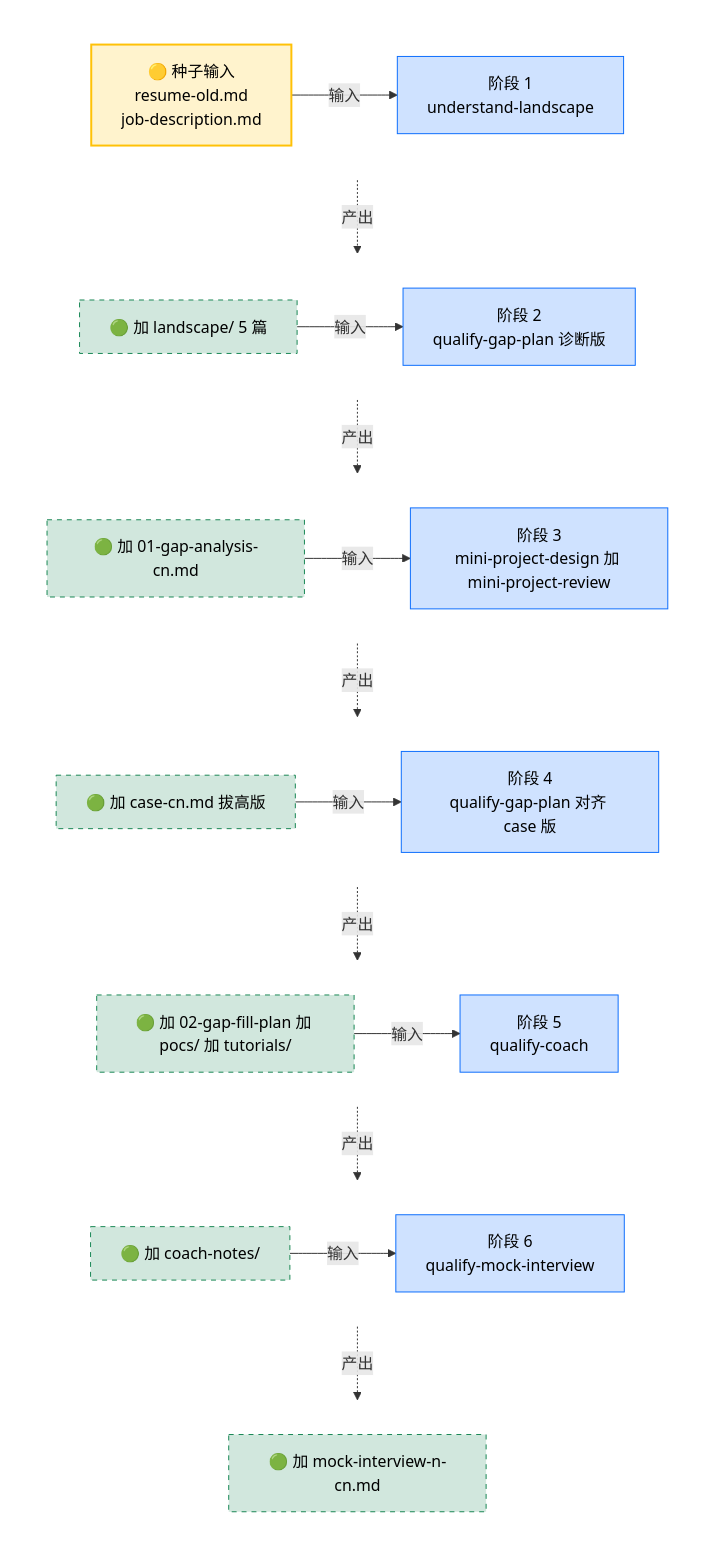
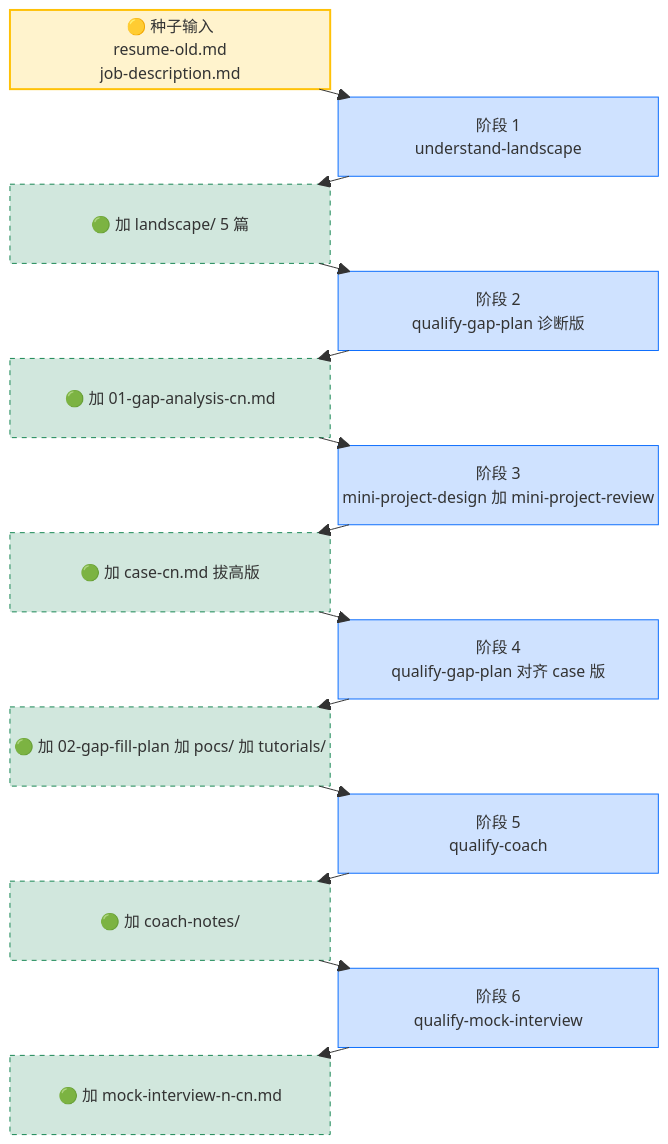
Before and after one commit to YingqiangYuan/Resume_Matrix: the first of 2 diagrams in examples/07-elevate-existing-project/README-cn.md, drawn with Mermaid.

Commit message:
Update mermaid

````diff
--- a/examples/07-elevate-existing-project/README-cn.md
+++ b/examples/07-elevate-existing-project/README-cn.md
@@ -46,56 +46,44 @@
 ```mermaid
-flowchart TB
-    subgraph r1[" "]
-        direction LR
-        IN["🟡 种子输入<br/>resume-old.md<br/>job-description.md"]:::seed
-        S1["阶段 1<br/>understand-landscape"]:::stage
-        IN -- 输入 --> S1
-    end
-    subgraph r2[" "]
-        direction LR
-        L1["🟢 加 landscape/ 5 篇"]:::acc
-        S2["阶段 2<br/>qualify-gap-plan 诊断版"]:::stage
-        L1 -- 输入 --> S2
-    end
-    subgraph r3[" "]
-        direction LR
-        L2["🟢 加 01-gap-analysis-cn.md"]:::acc
-        S3["阶段 3<br/>mini-project-design 加 mini-project-review"]:::stage
-        L2 -- 输入 --> S3
-    end
-    subgraph r4[" "]
-        direction LR
-        L3["🟢 加 case-cn.md 拔高版"]:::acc
-        S4["阶段 4<br/>qualify-gap-plan 对齐 case 版"]:::stage
-        L3 -- 输入 --> S4
-    end
-    subgraph r5[" "]
-        direction LR
-        L4["🟢 加 02-gap-fill-plan 加 pocs/ 加 tutorials/"]:::acc
-        S5["阶段 5<br/>qualify-coach"]:::stage
-        L4 -- 输入 --> S5
-    end
-    subgraph r6[" "]
-        direction LR
-        L5["🟢 加 coach-notes/"]:::acc
-        S6["阶段 6<br/>qualify-mock-interview"]:::stage
-        L5 -- 输入 --> S6
-    end
-    subgraph r7[" "]
-        direction LR
-        L6["🟢 加 mock-interview-n-cn.md"]:::acc
-    end
+block-beta
+columns 2
+  IN["🟡 种子输入<br/>resume-old.md<br/>job-description.md"] space
+  space S1["阶段 1<br/>understand-landscape"]
+  L1["🟢 加 landscape/ 5 篇"] space
+  space S2["阶段 2<br/>qualify-gap-plan 诊断版"]
+  L2["🟢 加 01-gap-analysis-cn.md"] space
+  space S3["阶段 3<br/>mini-project-design 加 mini-project-review"]
+  L3["🟢 加 case-cn.md 拔高版"] space
+  space S4["阶段 4<br/>qualify-gap-plan 对齐 case 版"]
+  L4["🟢 加 02-gap-fill-plan 加 pocs/ 加 tutorials/"] space
+  space S5["阶段 5<br/>qualify-coach"]
+  L5["🟢 加 coach-notes/"] space
+  space S6["阶段 6<br/>qualify-mock-interview"]
+  L6["🟢 加 mock-interview-n-cn.md"] space
 
-    S1 -. 产出 .-> L1
-    S2 -. 产出 .-> L2
-    S3 -. 产出 .-> L3
-    S4 -. 产出 .-> L4
-    S5 -. 产出 .-> L5
-    S6 -. 产出 .-> L6
+  IN --> S1
+  S1 --> L1
+  L1 --> S2
+  S2 --> L2
+  L2 --> S3
+  S3 --> L3
+  L3 --> S4
+  S4 --> L4
+  L4 --> S5
+  S5 --> L5
+  L5 --> S6
+  S6 --> L6
 
-    classDef seed fill:#fff3cd,stroke:#ffc107,color:#000,stroke-width:2px
-    classDef acc fill:#d1e7dd,stroke:#198754,color:#000,stroke-dasharray: 5 5
-    classDef stage fill:#cfe2ff,stroke:#0d6efd,color:#000
-    classDef rowbox fill:none,stroke:none
-    class r1,r2,r3,r4,r5,r6,r7 rowbox
+  style IN fill:#fff3cd,stroke:#ffc107,stroke-width:2px
+  style L1 fill:#d1e7dd,stroke:#198754,stroke-dasharray: 5 5
+  style L2 fill:#d1e7dd,stroke:#198754,stroke-dasharray: 5 5
+  style L3 fill:#d1e7dd,stroke:#198754,stroke-dasharray: 5 5
+  style L4 fill:#d1e7dd,stroke:#198754,stroke-dasharray: 5 5
+  style L5 fill:#d1e7dd,stroke:#198754,stroke-dasharray: 5 5
+  style L6 fill:#d1e7dd,stroke:#198754,stroke-dasharray: 5 5
+  style S1 fill:#cfe2ff,stroke:#0d6efd
+  style S2 fill:#cfe2ff,stroke:#0d6efd
+  style S3 fill:#cfe2ff,stroke:#0d6efd
+  style S4 fill:#cfe2ff,stroke:#0d6efd
+  style S5 fill:#cfe2ff,stroke:#0d6efd
+  style S6 fill:#cfe2ff,stroke:#0d6efd
 ```
````
